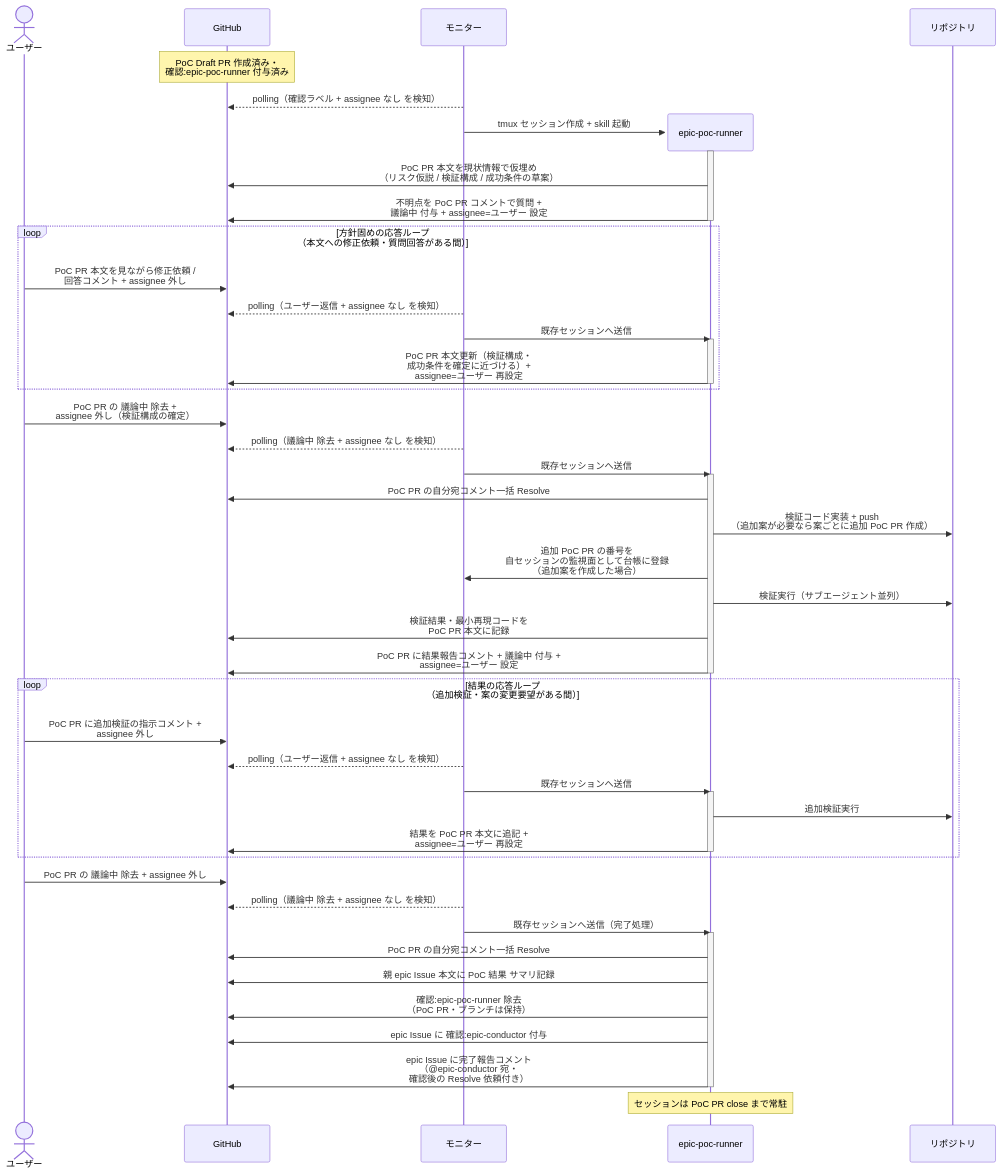
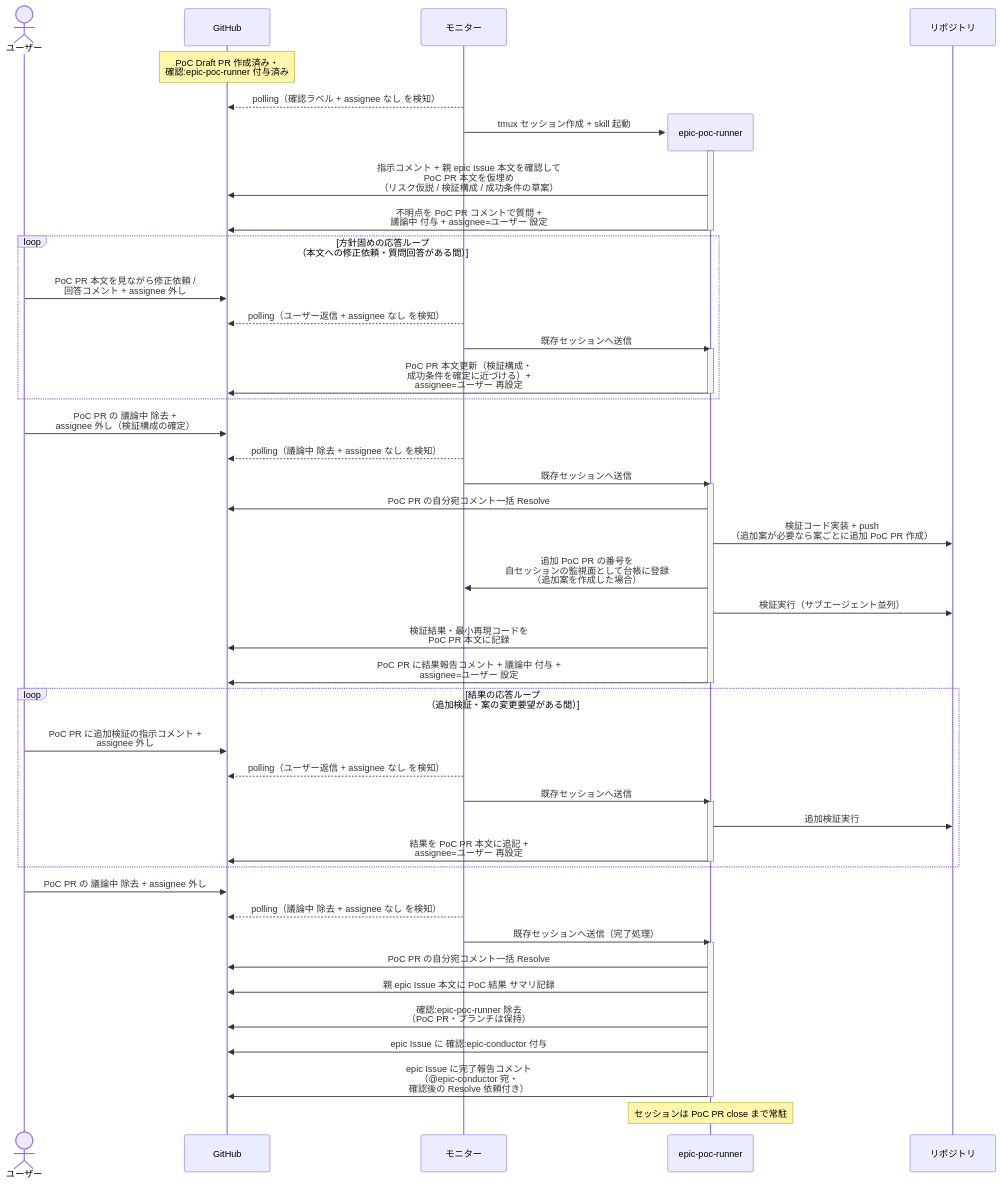
The first of 2 diagrams in docs/wiki/設計図/シナリオ/単一ユースケース/実現可能性PoC検証.md (shuhei1101/ai-monitor-e2e), drawn with Mermaid before and after one commit. The commit also changed other lines of this file and 1 other file, not shown here.

Commit message:
PoC 依頼に指示コメントを追加（epic-poc-runner との対称化）

````diff
--- a/docs/wiki/設計図/シナリオ/単一ユースケース/実現可能性PoC検証.md
+++ b/docs/wiki/設計図/シナリオ/単一ユースケース/実現可能性PoC検証.md
@@ -21,59 +21,59 @@
 ```mermaid
 sequenceDiagram
   actor U as ユーザー
   participant GH as GitHub
   participant ORC as モニター
 
   Note over GH: PoC Draft PR 作成済み・<br>確認:epic-poc-runner 付与済み
   ORC-->>GH: polling（確認ラベル + assignee なし を検知）
   create participant MON as epic-poc-runner
   ORC->>MON: tmux セッション作成 + skill 起動
   participant REPO as リポジトリ
   activate MON
-  MON->>GH: PoC PR 本文を現状情報で仮埋め<br>（リスク仮説 / 検証構成 / 成功条件の草案）
+  MON->>GH: 指示コメント + 親 epic Issue 本文を確認して<br>PoC PR 本文を仮埋め<br>（リスク仮説 / 検証構成 / 成功条件の草案）
   MON->>GH: 不明点を PoC PR コメントで質問 +<br>議論中 付与 + assignee=ユーザー 設定
   deactivate MON
 
   loop 方針固めの応答ループ<br>（本文への修正依頼・質問回答がある間）
     U->>GH: PoC PR 本文を見ながら修正依頼 /<br>回答コメント + assignee 外し
     ORC-->>GH: polling（ユーザー返信 + assignee なし を検知）
     ORC->>MON: 既存セッションへ送信
     activate MON
     MON->>GH: PoC PR 本文更新（検証構成・<br>成功条件を確定に近づける）+<br>assignee=ユーザー 再設定
     deactivate MON
   end
 
   U->>GH: PoC PR の 議論中 除去 +<br>assignee 外し（検証構成の確定）
   ORC-->>GH: polling（議論中 除去 + assignee なし を検知）
   ORC->>MON: 既存セッションへ送信
   activate MON
   MON->>GH: PoC PR の自分宛コメント一括 Resolve
   MON->>REPO: 検証コード実装 + push<br>（追加案が必要なら案ごとに追加 PoC PR 作成）
   MON->>ORC: 追加 PoC PR の番号を<br>自セッションの監視面として台帳に登録<br>（追加案を作成した場合）
   MON->>REPO: 検証実行（サブエージェント並列）
   MON->>GH: 検証結果・最小再現コードを<br>PoC PR 本文に記録
   MON->>GH: PoC PR に結果報告コメント + 議論中 付与 +<br>assignee=ユーザー 設定
   deactivate MON
 
   loop 結果の応答ループ<br>（追加検証・案の変更要望がある間）
     U->>GH: PoC PR に追加検証の指示コメント +<br>assignee 外し
     ORC-->>GH: polling（ユーザー返信 + assignee なし を検知）
     ORC->>MON: 既存セッションへ送信
     activate MON
     MON->>REPO: 追加検証実行
     MON->>GH: 結果を PoC PR 本文に追記 +<br>assignee=ユーザー 再設定
     deactivate MON
   end
 
   U->>GH: PoC PR の 議論中 除去 + assignee 外し
   ORC-->>GH: polling（議論中 除去 + assignee なし を検知）
   ORC->>MON: 既存セッションへ送信（完了処理）
   activate MON
   MON->>GH: PoC PR の自分宛コメント一括 Resolve
   MON->>GH: 親 epic Issue 本文に PoC 結果 サマリ記録
   MON->>GH: 確認:epic-poc-runner 除去<br>（PoC PR・ブランチは保持）
   MON->>GH: epic Issue に 確認:epic-conductor 付与
   MON->>GH: epic Issue に完了報告コメント<br>（@epic-conductor 宛・<br>確認後の Resolve 依頼付き）
   deactivate MON
   Note over MON: セッションは PoC PR close まで常駐
 ```
````
